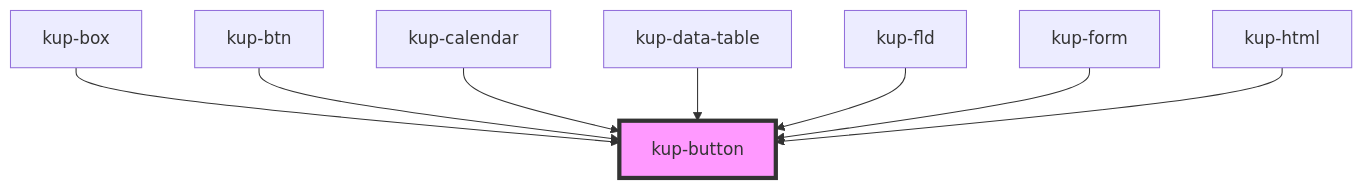
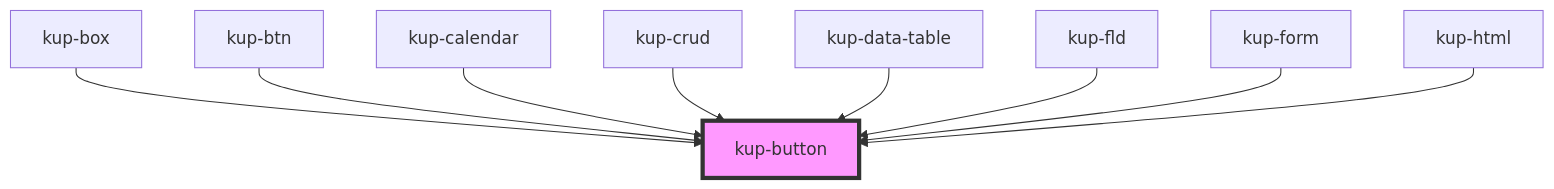
Before and after one commit to smeup/ketchup: the diagram in packages/ketchup/src/components/kup-button/readme.md, drawn with Mermaid. The commit also changed other lines of this file and 26 other files, not shown here.

Commit message:
kup form: crud

````diff
--- a/packages/ketchup/src/components/kup-button/readme.md
+++ b/packages/ketchup/src/components/kup-button/readme.md
@@ -78,11 +79,12 @@
 ```mermaid
 graph TD;
   kup-box --> kup-button
   kup-btn --> kup-button
   kup-calendar --> kup-button
+  kup-crud --> kup-button
   kup-data-table --> kup-button
   kup-fld --> kup-button
   kup-form --> kup-button
   kup-html --> kup-button
   style kup-button fill:#f9f,stroke:#333,stroke-width:4px
 ```
````
